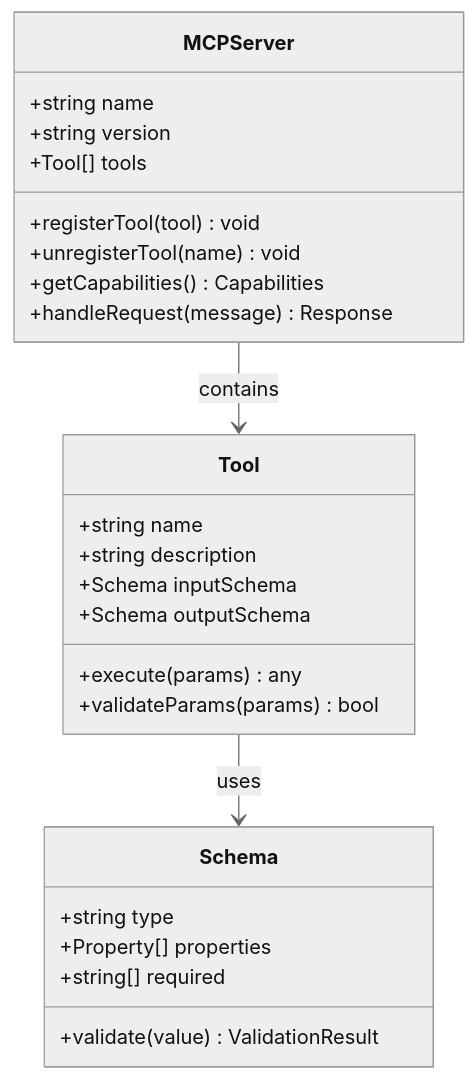
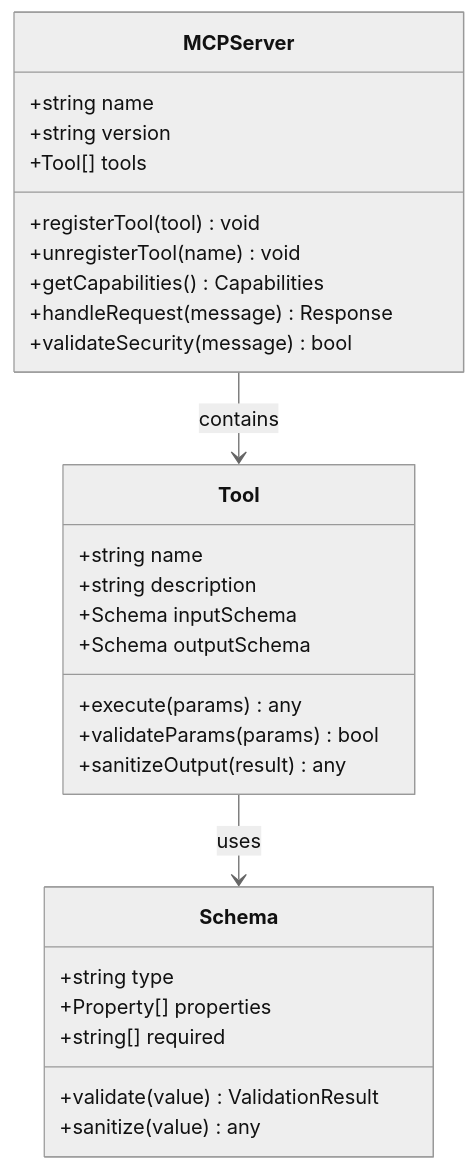
Before and after one commit to Sherlock-Shi/pi-codex-kit: the third of 5 diagrams in .qoder/repowiki/en/content/Core Architecture/MCP Server Integration.md, drawn with Mermaid (neutral theme). The commit also changed other lines of this file and 47 other files, not shown here.

````diff
--- a/.qoder/repowiki/en/content/Core Architecture/MCP Server Integration.md
+++ b/.qoder/repowiki/en/content/Core Architecture/MCP Server Integration.md
@@ -173,28 +268,31 @@
 ```mermaid
 classDiagram
 class MCPServer {
 +string name
 +string version
 +Tool[] tools
 +registerTool(tool) void
 +unregisterTool(name) void
 +getCapabilities() Capabilities
 +handleRequest(message) Response
++validateSecurity(message) bool
 }
 class Tool {
 +string name
 +string description
 +Schema inputSchema
 +Schema outputSchema
 +execute(params) any
 +validateParams(params) bool
++sanitizeOutput(result) any
 }
 class Schema {
 +string type
 +Property[] properties
 +string[] required
 +validate(value) ValidationResult
++sanitize(value) any
 }
 MCPServer --> Tool : contains
 Tool --> Schema : uses
 ```
````
